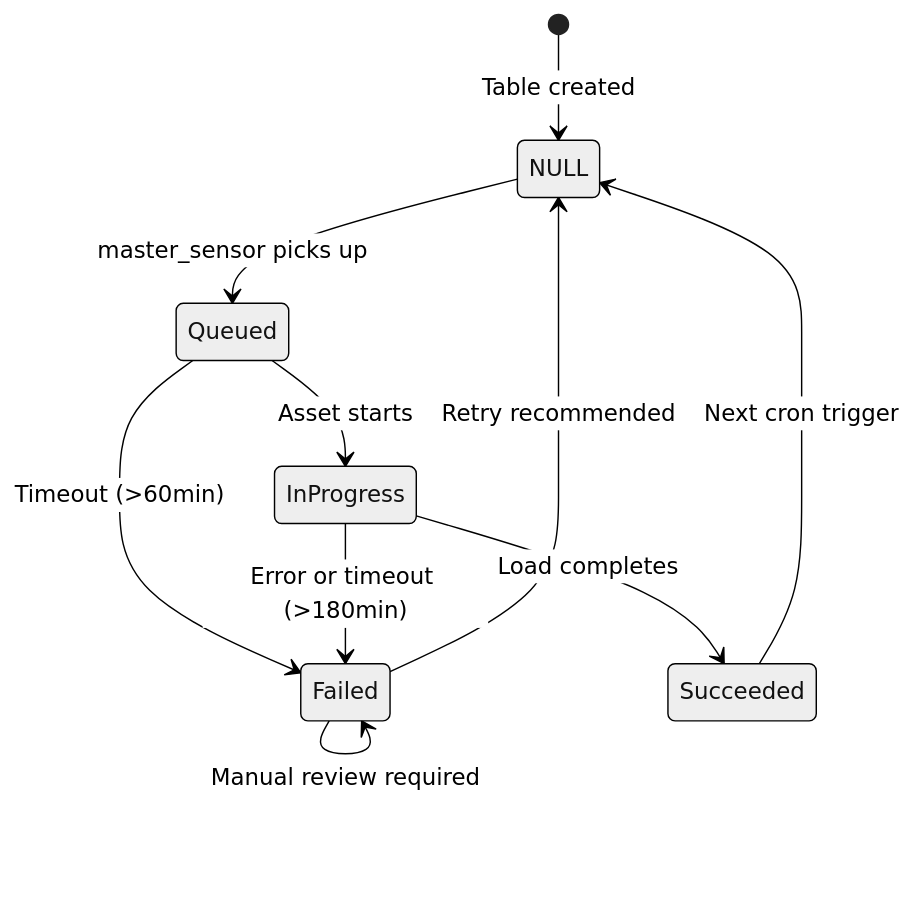
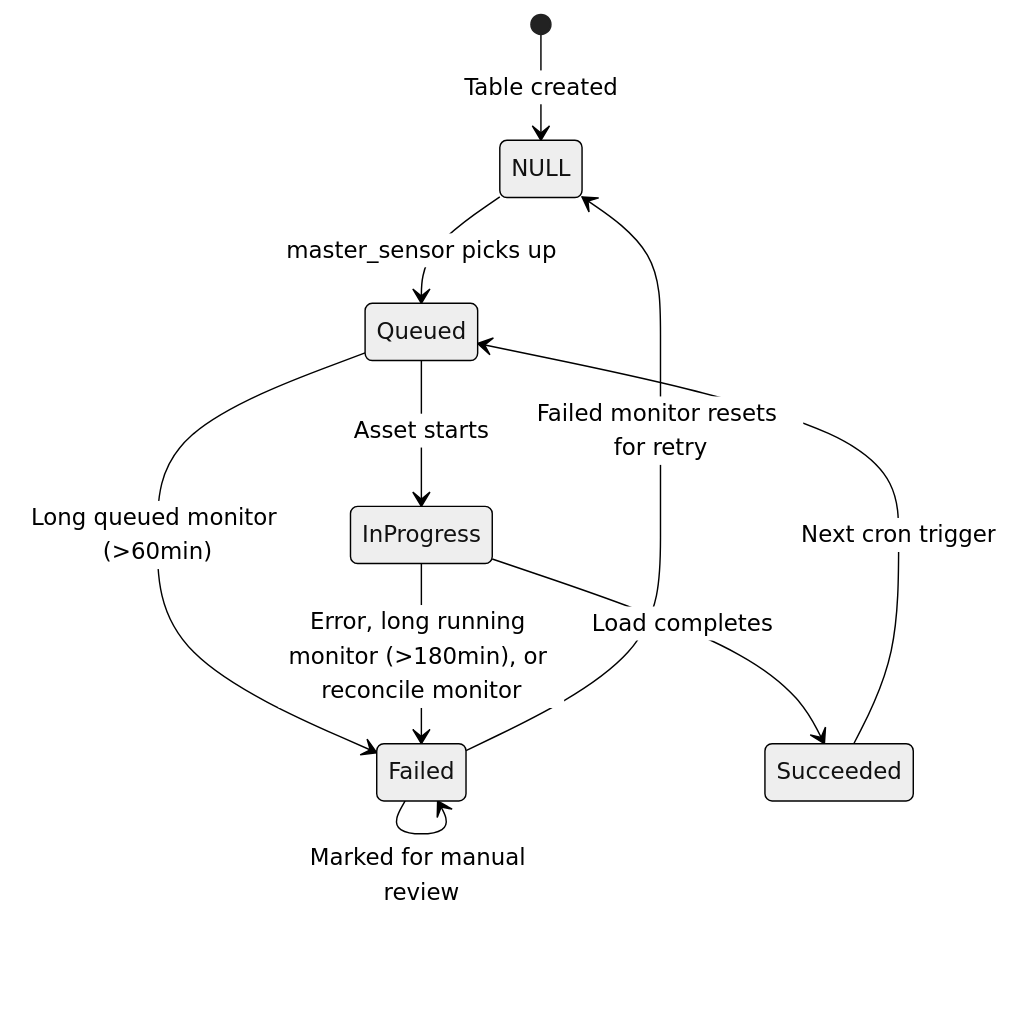
One commit to DakotaDataEng/dataloader-docs changed the diagram in reference/02-lakebase-control-database.md. Above: the diagram before and after it, drawn with Mermaid (neutral theme). The commit also changed other lines of this file and 40 other files, not shown here.

````diff
--- a/reference/02-lakebase-control-database.md
+++ b/reference/02-lakebase-control-database.md
@@ -265,17 +552,17 @@
 ```mermaid
 stateDiagram-v2
     [*] --> NULL: Table created
 
     NULL --> Queued: master_sensor picks up
 
     Queued --> InProgress: Asset starts
-    Queued --> Failed: Timeout (>60min)
+    Queued --> Failed: Long queued monitor (>60min)
 
     InProgress --> Succeeded: Load completes
-    InProgress --> Failed: Error or timeout (>180min)
+    InProgress --> Failed: Error, long running monitor (>180min), or reconcile monitor
 
-    Succeeded --> NULL: Next cron trigger
+    Succeeded --> Queued: Next cron trigger
 
-    Failed --> NULL: Retry recommended
-    Failed --> Failed: Manual review required
+    Failed --> NULL: Failed monitor resets for retry
+    Failed --> Failed: Marked for manual review
 ```
````
